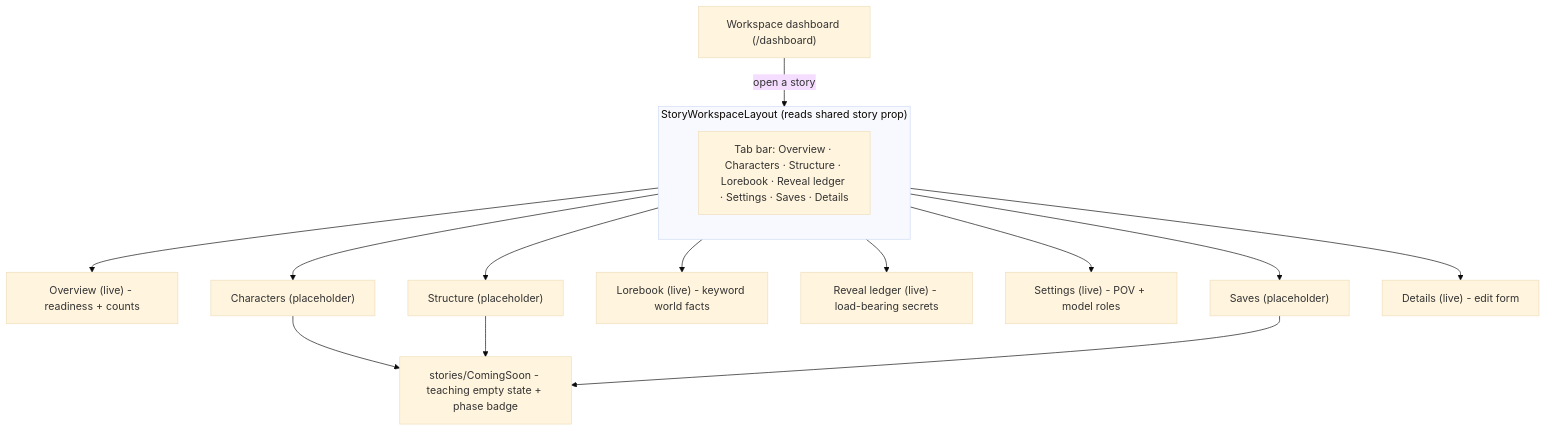
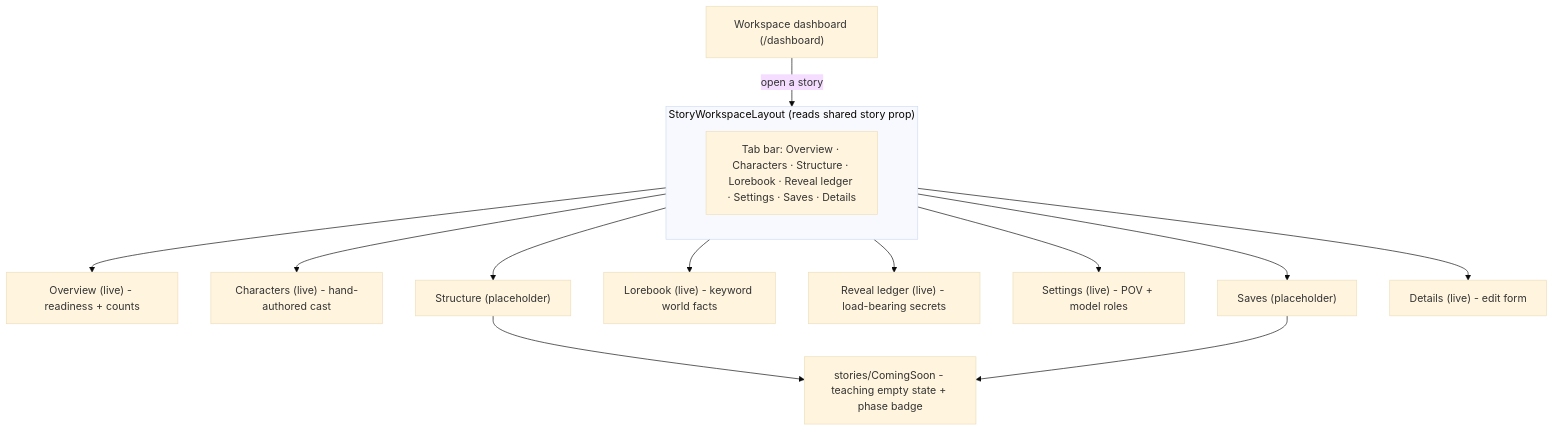
One commit to ZulfikarHD/text-advanture-app changed the first of 2 diagrams in docs/architecture/Diagrams/Authoring/Story_Workspace_Shell.md. Above: the diagram before and after it, drawn with Mermaid (base theme). The commit also changed other lines of this file and 24 other files, not shown here.

````diff
--- a/docs/architecture/Diagrams/Authoring/Story_Workspace_Shell.md
+++ b/docs/architecture/Diagrams/Authoring/Story_Workspace_Shell.md
@@ -14,22 +15,21 @@
 ```mermaid
 flowchart TD
     Dashboard["Workspace dashboard (/dashboard)"] -->|"open a story"| Shell
 
     subgraph Shell ["StoryWorkspaceLayout (reads shared story prop)"]
         direction TB
         Tabs["Tab bar: Overview · Characters · Structure · Lorebook · Reveal ledger · Settings · Saves · Details"]
     end
 
     Tabs --> Overview["Overview (live) - readiness + counts"]
-    Tabs --> Characters["Characters (placeholder)"]
+    Tabs --> Characters["Characters (live) - hand-authored cast"]
     Tabs --> Structure["Structure (placeholder)"]
     Tabs --> Lorebook["Lorebook (live) - keyword world facts"]
     Tabs --> RevealLedger["Reveal ledger (live) - load-bearing secrets"]
     Tabs --> Settings["Settings (live) - POV + model roles"]
     Tabs --> Saves["Saves (placeholder)"]
     Tabs --> Details["Details (live) - edit form"]
 
-    Characters --> CS["stories/ComingSoon - teaching empty state + phase badge"]
-    Structure --> CS
+    Structure --> CS["stories/ComingSoon - teaching empty state + phase badge"]
     Saves --> CS
 ```
````
